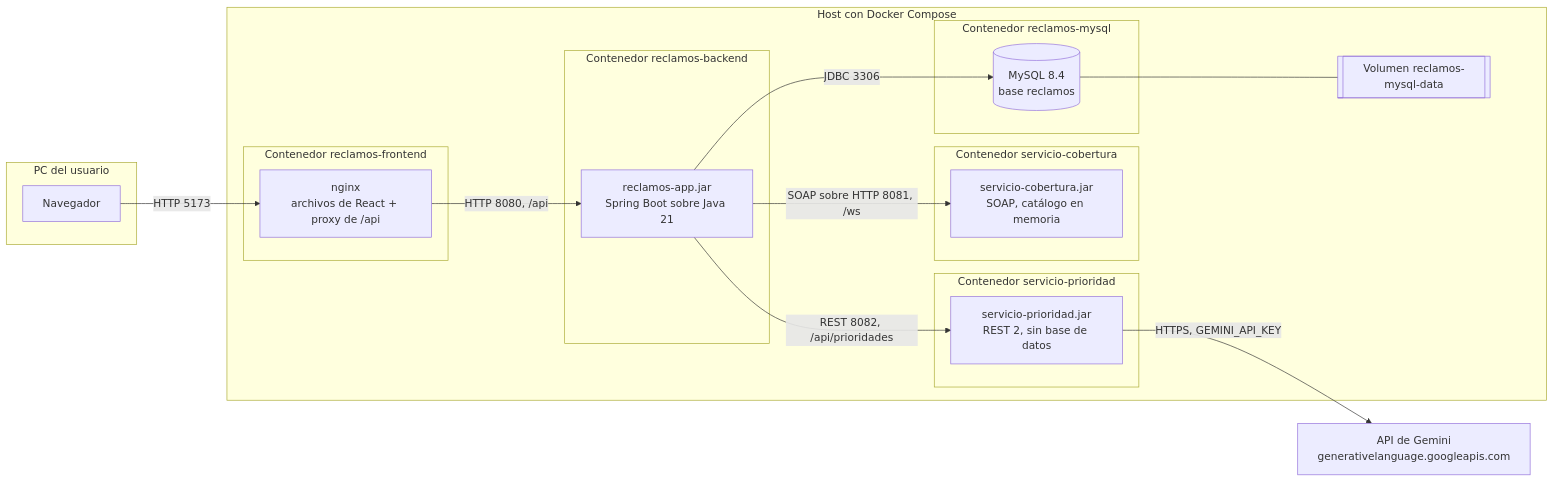
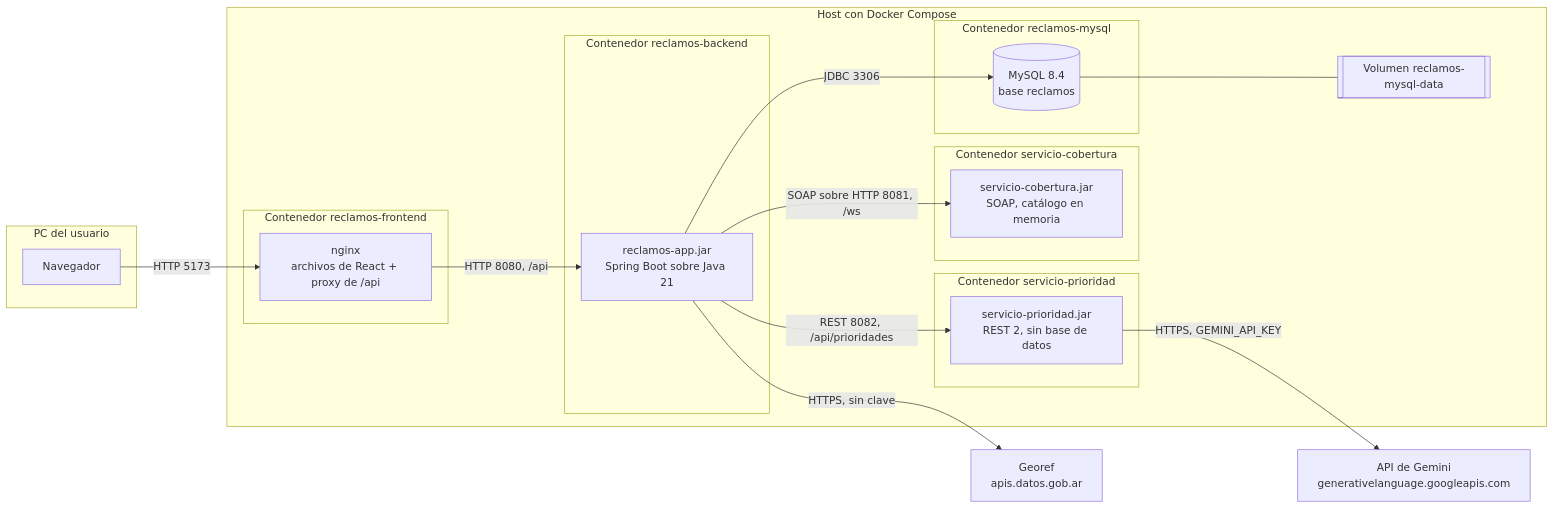
One commit to SanTegli/DesarrolloAppsIIGrupo10 changed the diagram in docs/despliegue.md. Above: the diagram before and after it, drawn with Mermaid. The commit also changed other lines of this file and 45 other files, not shown here.

````diff
--- a/docs/despliegue.md
+++ b/docs/despliegue.md
@@ -8,33 +8,35 @@
 ```mermaid
 flowchart LR
   subgraph PC["PC del usuario"]
     NAV["Navegador"]
   end
   subgraph DOCKER["Host con Docker Compose"]
     subgraph CF["Contenedor reclamos-frontend"]
       NGINX["nginx<br/>archivos de React + proxy de /api"]
     end
     subgraph CB["Contenedor reclamos-backend"]
       APP["reclamos-app.jar<br/>Spring Boot sobre Java 21"]
     end
     subgraph CM["Contenedor reclamos-mysql"]
       DB[("MySQL 8.4<br/>base reclamos")]
     end
     subgraph CS["Contenedor servicio-cobertura"]
       SOAP["servicio-cobertura.jar<br/>SOAP, catálogo en memoria"]
     end
     subgraph CP["Contenedor servicio-prioridad"]
       IA["servicio-prioridad.jar<br/>REST 2, sin base de datos"]
     end
     VOL[["Volumen reclamos-mysql-data"]]
   end
   GEM["API de Gemini<br/>generativelanguage.googleapis.com"]
+  GEO["Georef<br/>apis.datos.gob.ar"]
 
   NAV -->|"HTTP 5173"| NGINX
   NGINX -->|"HTTP 8080, /api"| APP
   APP -->|"JDBC 3306"| DB
   APP -->|"SOAP sobre HTTP 8081, /ws"| SOAP
   APP -->|"REST 8082, /api/prioridades"| IA
   IA -->|"HTTPS, GEMINI_API_KEY"| GEM
+  APP -->|"HTTPS, sin clave"| GEO
   DB --- VOL
 ```
````
